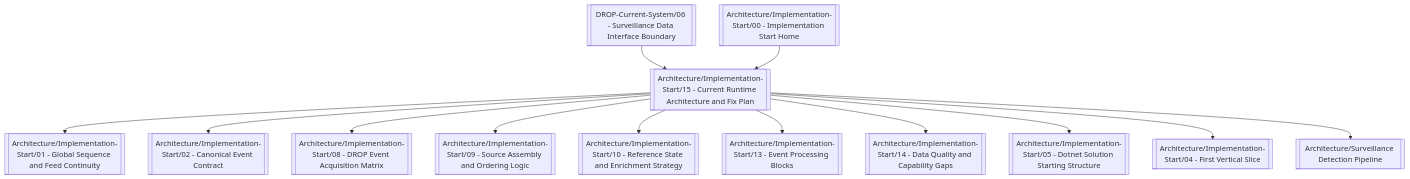
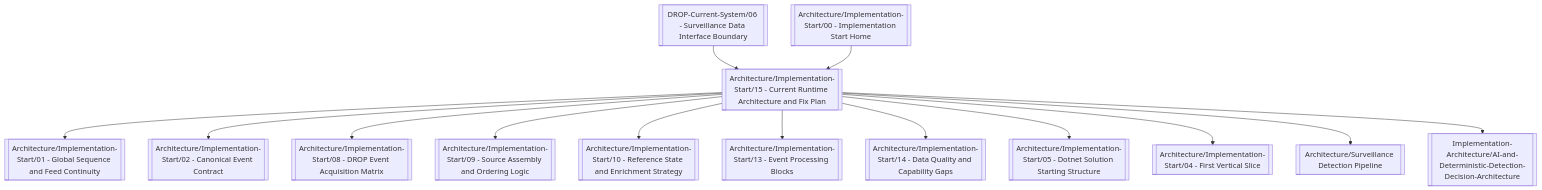
One commit to adnanelhabashy/surveillance-knowledge-base changed the diagram in Market-Surveillance-Full-Plan-Doc-Refrence/MOCs/05 - Current THE EYE Architecture Map.md. Above: the diagram before and after it, drawn with Mermaid. The commit also changed other lines of this file, not shown here.

Commit message:
docs: link AI decision architecture from current THE EYE architecture map

````diff
--- a/Market-Surveillance-Full-Plan-Doc-Refrence/MOCs/05 - Current THE EYE Architecture Map.md
+++ b/Market-Surveillance-Full-Plan-Doc-Refrence/MOCs/05 - Current THE EYE Architecture Map.md
@@ -14,20 +14,21 @@
 ```mermaid
 flowchart TB
     DROP[[DROP-Current-System/06 - Surveillance Data Interface Boundary]]
     HOME[[Architecture/Implementation-Start/00 - Implementation Start Home]]
     CUR[[Architecture/Implementation-Start/15 - Current Runtime Architecture and Fix Plan]]
     SEQ[[Architecture/Implementation-Start/01 - Global Sequence and Feed Continuity]]
     CONTRACT[[Architecture/Implementation-Start/02 - Canonical Event Contract]]
     ACQ[[Architecture/Implementation-Start/08 - DROP Event Acquisition Matrix]]
     ASM[[Architecture/Implementation-Start/09 - Source Assembly and Ordering Logic]]
     REF[[Architecture/Implementation-Start/10 - Reference State and Enrichment Strategy]]
     BLOCKS[[Architecture/Implementation-Start/13 - Event Processing Blocks]]
     DQ[[Architecture/Implementation-Start/14 - Data Quality and Capability Gaps]]
     DOTNET[[Architecture/Implementation-Start/05 - Dotnet Solution Starting Structure]]
     SLICE[[Architecture/Implementation-Start/04 - First Vertical Slice]]
     PIPE[[Architecture/Surveillance Detection Pipeline]]
+    AI[[Implementation-Architecture/AI-and-Deterministic-Detection-Decision-Architecture]]
 
     DROP --> CUR
     HOME --> CUR
-    CUR --> SEQ & CONTRACT & ACQ & ASM & REF & BLOCKS & DQ & DOTNET & SLICE & PIPE
+    CUR --> SEQ & CONTRACT & ACQ & ASM & REF & BLOCKS & DQ & DOTNET & SLICE & PIPE & AI
 ```
````
